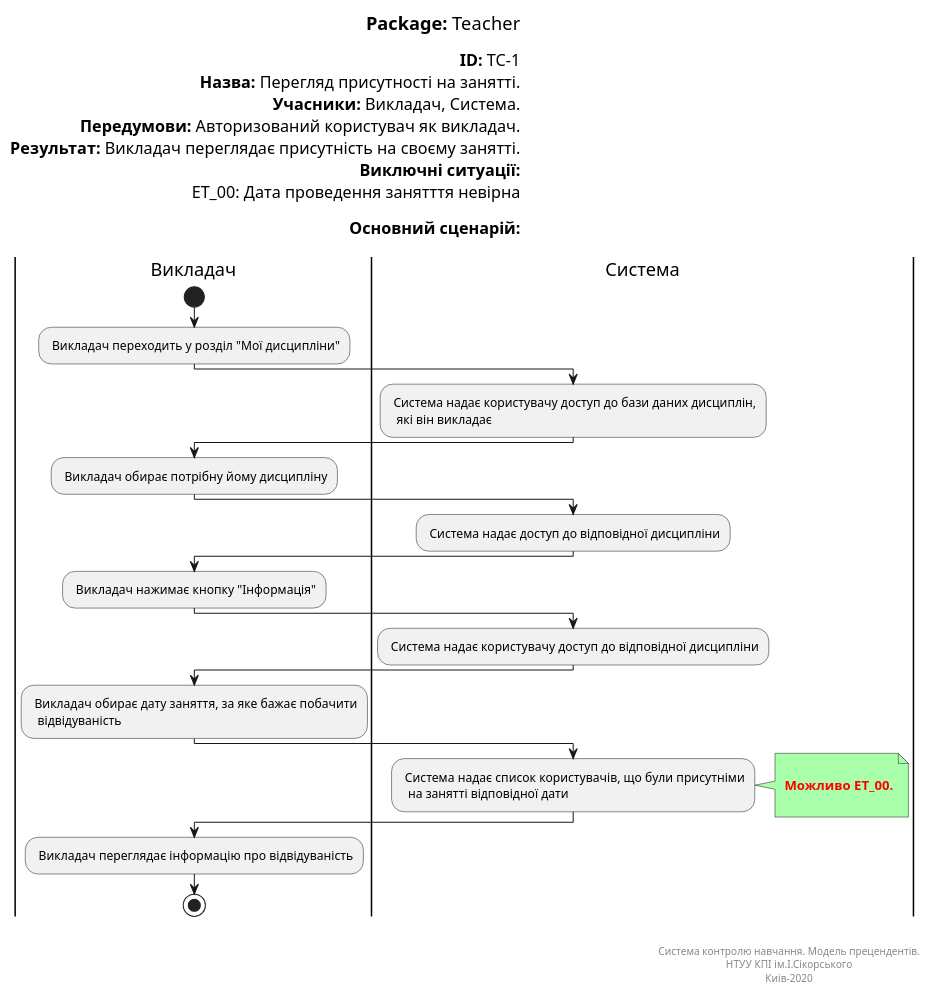
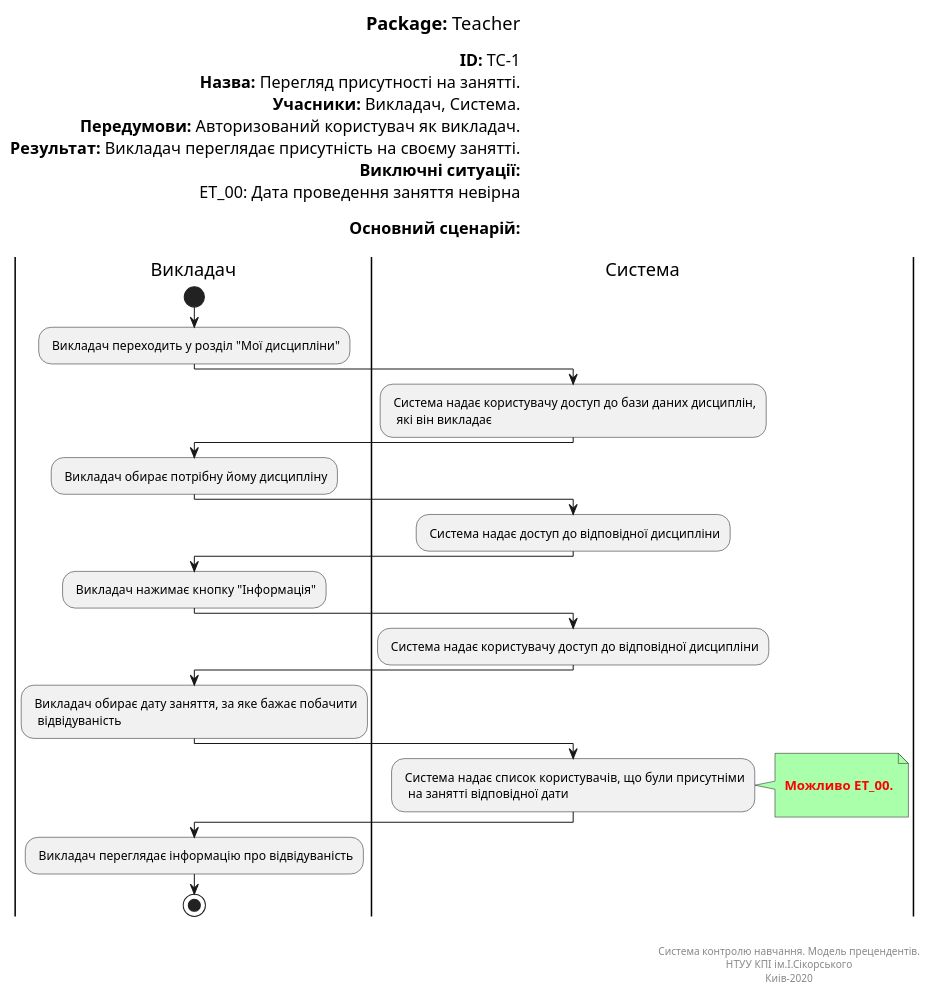
One commit to vladlinu/TeamOne changed the diagram in docs/UML_Diagrams/scenarios/teacher/src/mark_attandance.pu. Above: the diagram before and after it, drawn with PlantUML. The commit also changed 4 other files, not shown here.

```diff
--- a/docs/UML_Diagrams/scenarios/teacher/src/mark_attandance.pu
+++ b/docs/UML_Diagrams/scenarios/teacher/src/mark_attandance.pu
@@ -1,63 +1,63 @@
 @startuml
 left header
 <font color=000 size=18><b>Package:</b> Teacher
 
 <font color=000 size=16><b>ID:</b> TC-1
 <font color=000 size=16><b>Назва:</b> Перегляд присутності на занятті.
 <font color=000 size=16><b>Учасники:</b> Викладач, Система.
 <font color=000 size=16><b>Передумови:</b> Авторизований користувач як викладач.
 <font color=000 size=16><b>Результат:</b> Викладач переглядає присутність на своєму занятті.
 <font color=000 size=16><b>Виключні ситуації:</b>
-<font color=000 size=16> ET_00: Дата проведення занятття невірна
+<font color=000 size=16> ET_00: Дата проведення заняття невірна
 
 <font color=000 size=16><b>Основний сценарій:</b>
 
 end header
 
 |Викладач|
 start
 : Викладач переходить у розділ "Мої дисципліни";
 
 |Система|
 : Система надає користувачу доступ до бази даних дисциплін, 
   які він викладає;
    
 |Викладач|
 : Викладач обирає потрібну йому дисципліну;   
 
 |Система|
 : Система надає доступ до відповідної дисципліни;
 
 |Викладач|
 : Викладач нажимає кнопку "Інформація";   
 
 |Система|
 : Система надає користувачу доступ до відповідної дисципліни;
 
 
 |Викладач|
 : Викладач обирає дату заняття, за яке бажає побачити
   відвідуваність;
 
 |Система|
 : Система надає список користувачів, що були присутніми
   на занятті відповідної дати;
 note right #aaffaa
 
 <font color=red><b> Можливо ET_00.
 
 end note
 
 |Викладач|
 : Викладач переглядає інформацію про відвідуваність;  
   
 stop;
 
 right footer
 
 
 Система контролю навчання. Модель прецендентів.
 НТУУ КПІ ім.І.Сікорського
 Киів-2020
 end footer
 @enduml
```
